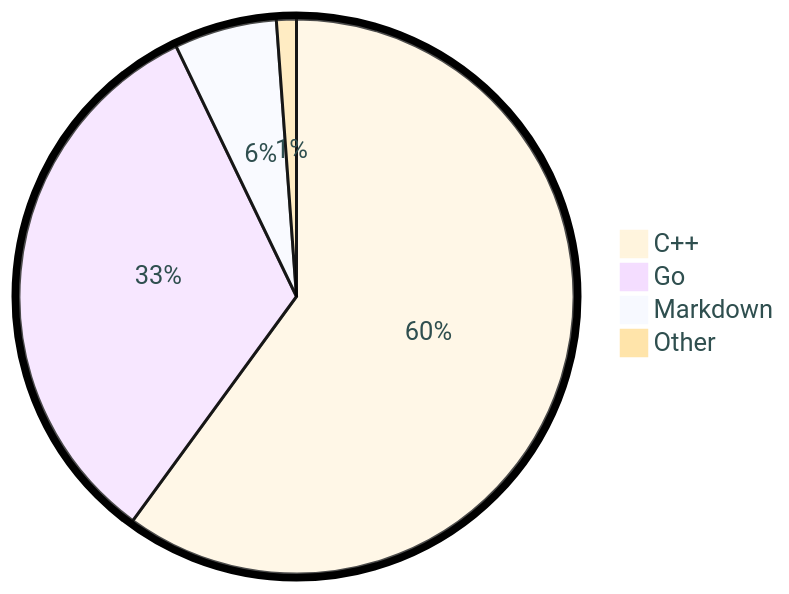
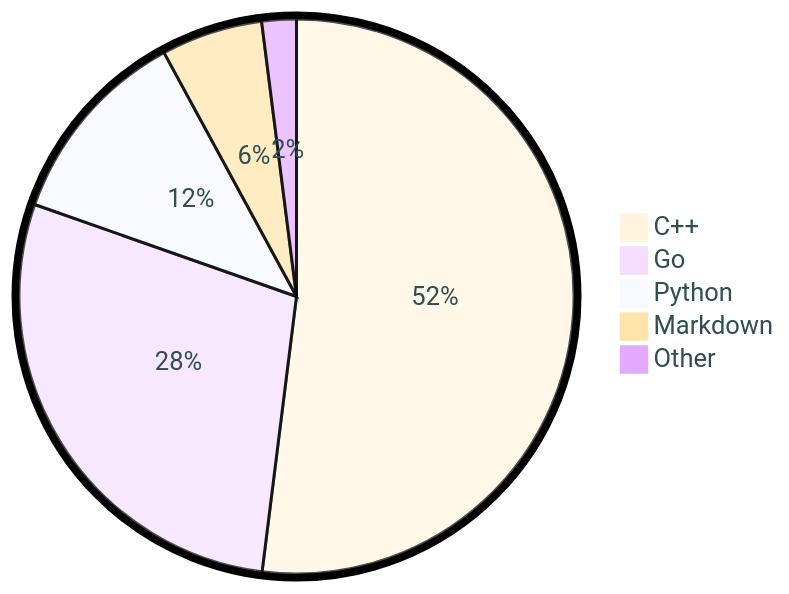
One commit to tot0p/tot0p changed the diagram in README.md. Above: the diagram before and after it, drawn with Mermaid. The commit also changed other lines of this file, not shown here.

````diff
--- a/README.md
+++ b/README.md
@@ -76,8 +77,9 @@
 ```mermaid
 %%{init: {"pie": {"textPosition": 0.5}, "themeVariables": {"pieOuterStrokeWidth": "5px","primaryTextColor" : "#2F4F4F"},"theme":"base"} }%%
 pie
-	"C++": 60.04
-	"Go": 32.82
-	"Markdown": 5.98
-	"Other": 1.1600000000000001
+	"C++": 51.98
+	"Go": 28.4
+	"Python": 11.7
+	"Markdown": 5.91
+	"Other": 2.01
 ```
````
